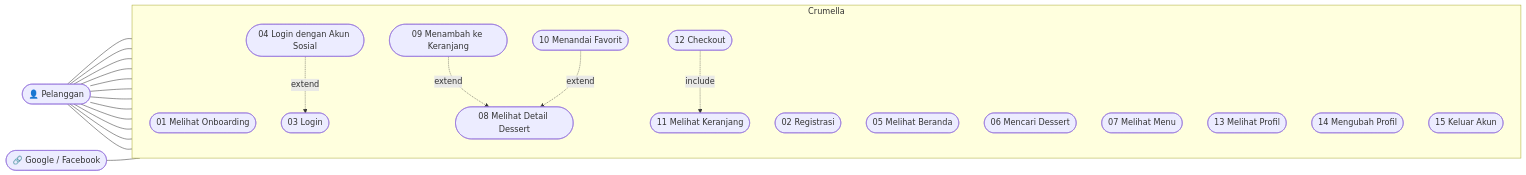
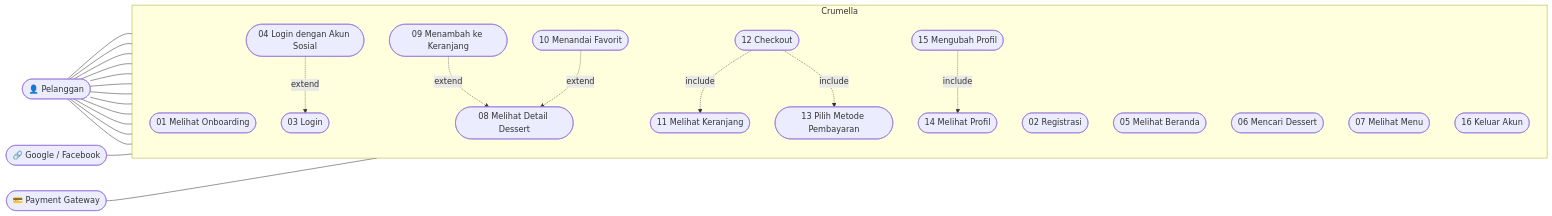
One commit to RPLUNIT052026/Kelompok-7 changed the first of 15 diagrams in Sprint-2/Use Case Diagram Crumella.md. Above: the diagram before and after it, drawn with Mermaid. The commit also changed other lines of this file, not shown here.

Commit message:
Update Use Case Diagram Crumella.md

````diff
--- a/Sprint-2/Use Case Diagram Crumella.md
+++ b/Sprint-2/Use Case Diagram Crumella.md
@@ -35,43 +37,48 @@
 ```mermaid
 flowchart LR
     Pelanggan(["👤 Pelanggan"])
     Sosial(["🔗 Google / Facebook"])
+    Payment(["💳 Payment Gateway"])
 
     subgraph Sistem["Crumella"]
         direction TB
         UC01(["01 Melihat Onboarding"])
         UC02(["02 Registrasi"])
         UC03(["03 Login"])
         UC04(["04 Login dengan Akun Sosial"])
         UC05(["05 Melihat Beranda"])
         UC06(["06 Mencari Dessert"])
         UC07(["07 Melihat Menu"])
         UC08(["08 Melihat Detail Dessert"])
         UC09(["09 Menambah ke Keranjang"])
         UC10(["10 Menandai Favorit"])
         UC11(["11 Melihat Keranjang"])
         UC12(["12 Checkout"])
-        UC13(["13 Melihat Profil"])
-        UC14(["14 Mengubah Profil"])
-        UC15(["15 Keluar Akun"])
+        UC13(["13 Pilih Metode Pembayaran"])
+        UC14(["14 Melihat Profil"])
+        UC15(["15 Mengubah Profil"])
+        UC16(["16 Keluar Akun"])
     end
 
     Pelanggan --- UC01
     Pelanggan --- UC02
     Pelanggan --- UC03
     Pelanggan --- UC05
     Pelanggan --- UC06
     Pelanggan --- UC07
     Pelanggan --- UC08
     Pelanggan --- UC11
     Pelanggan --- UC12
-    Pelanggan --- UC13
     Pelanggan --- UC14
     Pelanggan --- UC15
+    Pelanggan --- UC16
     Sosial --- UC04
+    Payment --- UC13
 
     UC04 -. extend .-> UC03
     UC09 -. extend .-> UC08
     UC10 -. extend .-> UC08
     UC12 -. include .-> UC11
+    UC12 -. include .-> UC13
+    UC15 -. include .-> UC14
 ```
````
